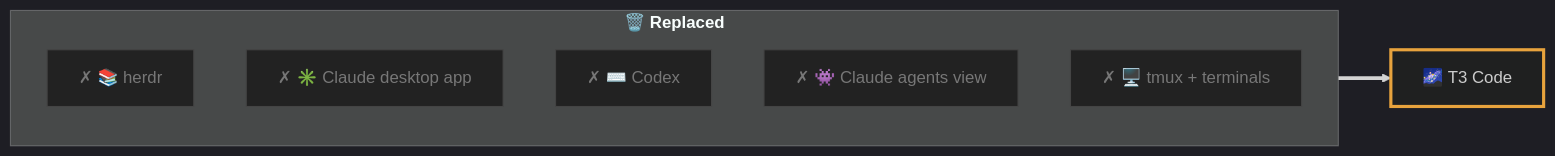
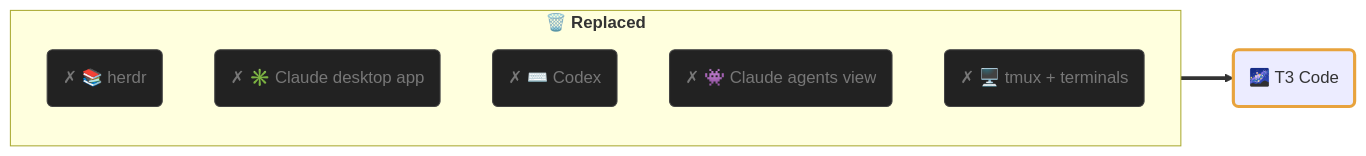
Diagram 13 of 13 in presentations/oh-my-harness/slides.md (sayjeyhi/talks), drawn with Mermaid before and after one commit. The commit also changed other lines of this file and 16 other files, not shown here.

````diff
--- a/presentations/oh-my-harness/slides.md
+++ b/presentations/oh-my-harness/slides.md
@@ -1864,18 +1747,17 @@
 ```mermaid
-%%{init: {"theme": "dark"}}%%
 flowchart LR
     subgraph replaced["<b>🗑️ Replaced</b>"]
         direction TB
-        herdr["✗ 📚 herdr"]
-        cda["✗ ✳️ Claude desktop app"]
-        codex["✗ ⌨️ Codex"]
-        cav["✗ 👾 Claude agents view"]
-        tmux["✗ 🖥️ tmux + terminals"]
+        herdr("✗ 📚 herdr")
+        cda("✗ ✳️ Claude desktop app")
+        codex("✗ ⌨️ Codex")
+        cav("✗ 👾 Claude agents view")
+        tmux("✗ 🖥️ tmux + terminals")
     end
-    replaced ==> t3["🌌 T3 Code"]
+    replaced ==> t3("🌌 T3 Code")
 
     classDef old fill:#222,color:#777,stroke:#444
     classDef new stroke:#e8a33d,stroke-width:3px
     class herdr,cda,codex,cav,tmux old
     class t3 new
 ```
````
